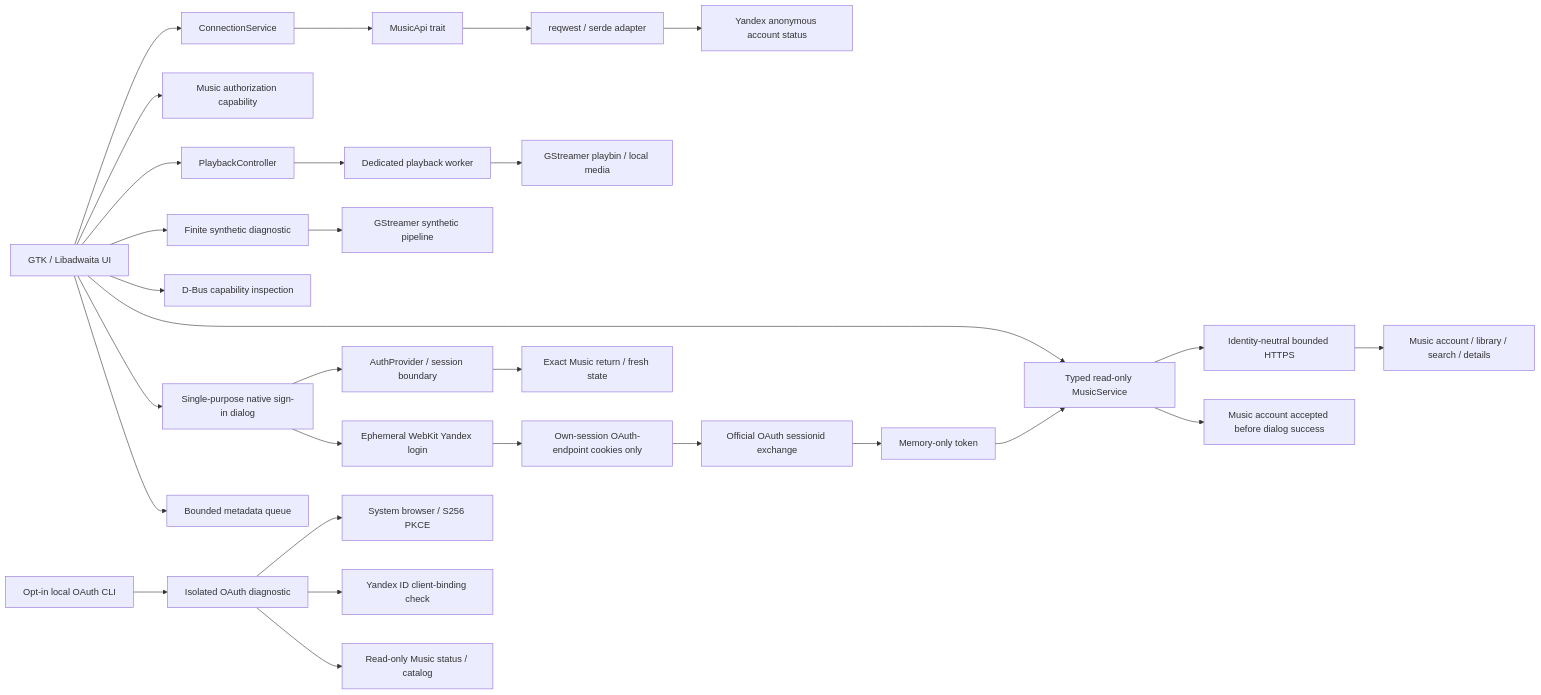
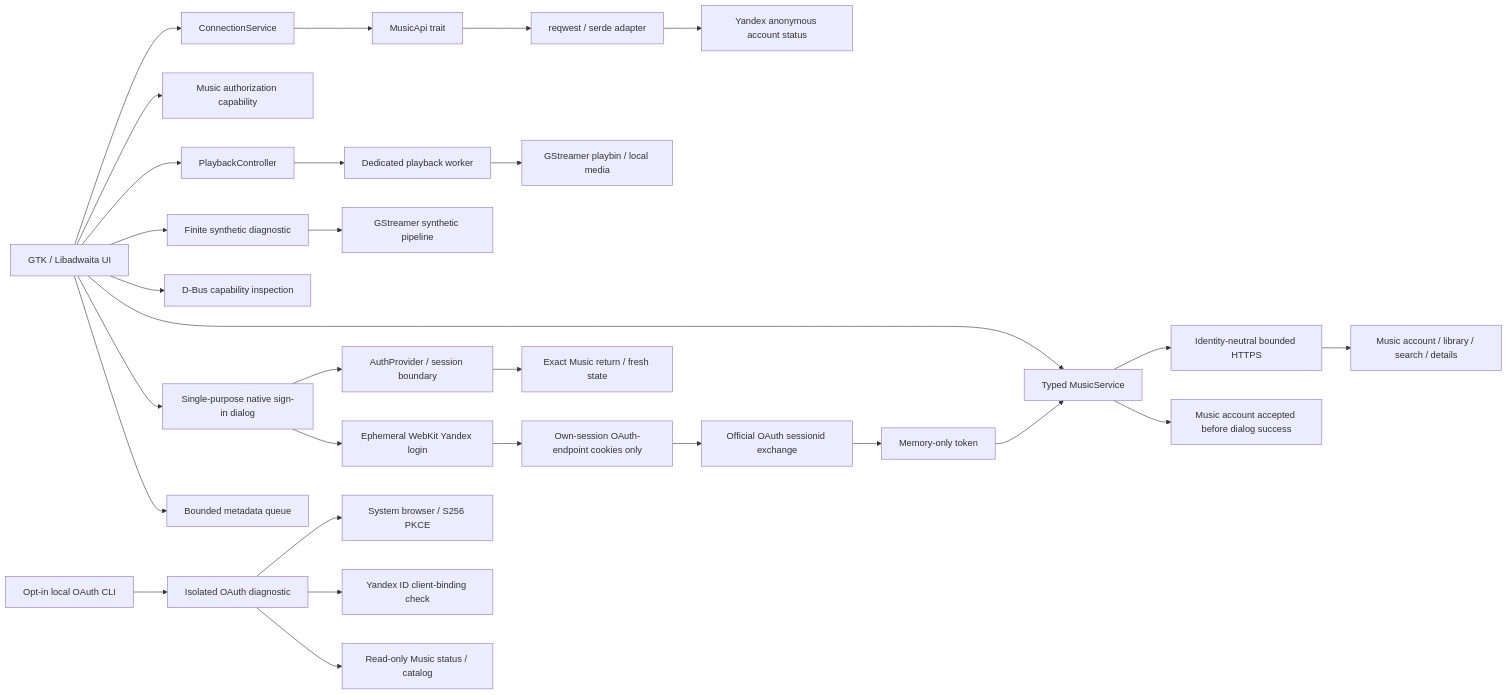
One commit to tracerxbrhd/karin changed the diagram in docs/ARCHITECTURE.md. Above: the diagram before and after it, drawn with Mermaid. The commit also changed other lines of this file and 16 other files, not shown here.

````diff
--- a/docs/ARCHITECTURE.md
+++ b/docs/ARCHITECTURE.md
@@ -8,31 +8,31 @@
 ```mermaid
 flowchart LR
   UI[GTK / Libadwaita UI] --> Service[ConnectionService]
   Service --> Boundary[MusicApi trait]
   Boundary --> API[reqwest / serde adapter]
   API --> Remote[Yandex anonymous account status]
   UI --> Capability[Music authorization capability]
   UI --> Player[PlaybackController]
   Player --> Worker[Dedicated playback worker]
   Worker --> Playbin[GStreamer playbin / local media]
   UI --> Audio[Finite synthetic diagnostic]
   Audio --> GST[GStreamer synthetic pipeline]
   UI --> Platform[D-Bus capability inspection]
-  UI --> MusicService[Typed read-only MusicService]
+  UI --> MusicService[Typed MusicService]
   MusicService --> MusicHTTP[Identity-neutral bounded HTTPS]
   MusicHTTP --> MusicREST[Music account / library / search / details]
   UI --> Login[Single-purpose native sign-in dialog]
   Login --> Auth[AuthProvider / session boundary]
   Login --> WebKit[Ephemeral WebKit Yandex login]
   Auth --> Return[Exact Music return / fresh state]
   WebKit --> Cookies[Own-session OAuth-endpoint cookies only]
   Cookies --> Grant[Official OAuth sessionid exchange]
   Grant --> Session[Memory-only token]
   Session --> MusicService
   MusicService --> Validation[Music account accepted before dialog success]
   UI --> Queue[Bounded metadata queue]
   CLI[Opt-in local OAuth CLI] --> OAuth[Isolated OAuth diagnostic]
   OAuth --> Browser[System browser / S256 PKCE]
   OAuth --> ID[Yandex ID client-binding check]
   OAuth --> Music[Read-only Music status / catalog]
 ```
````
